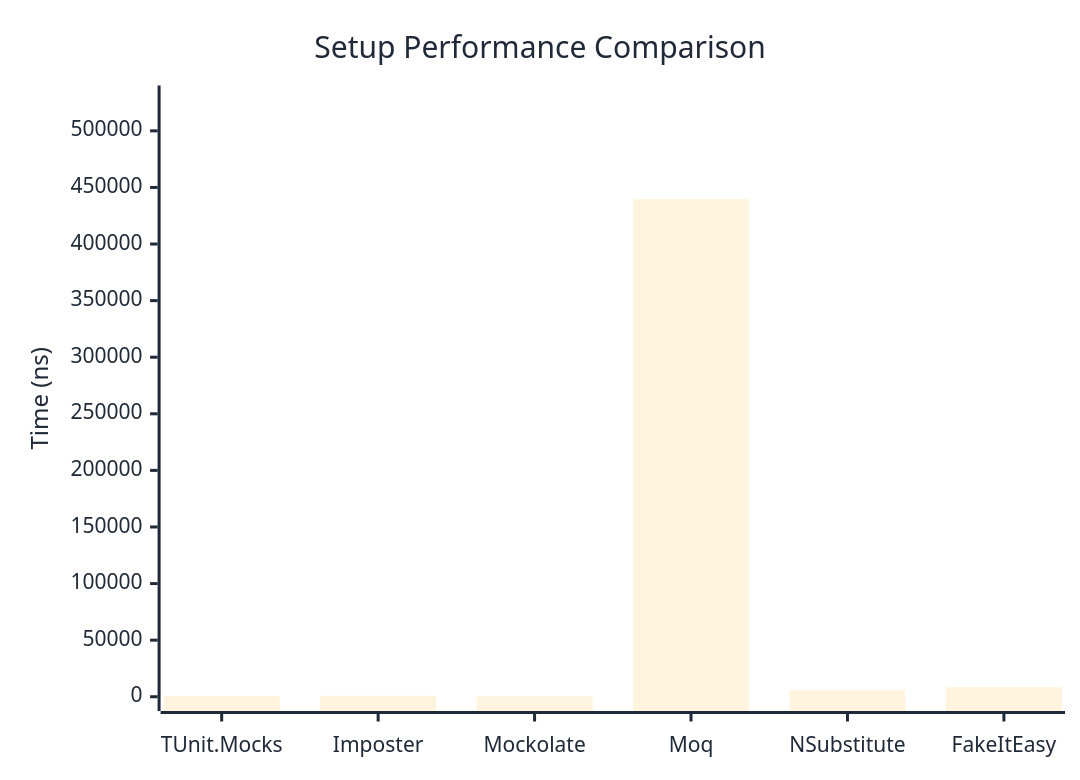
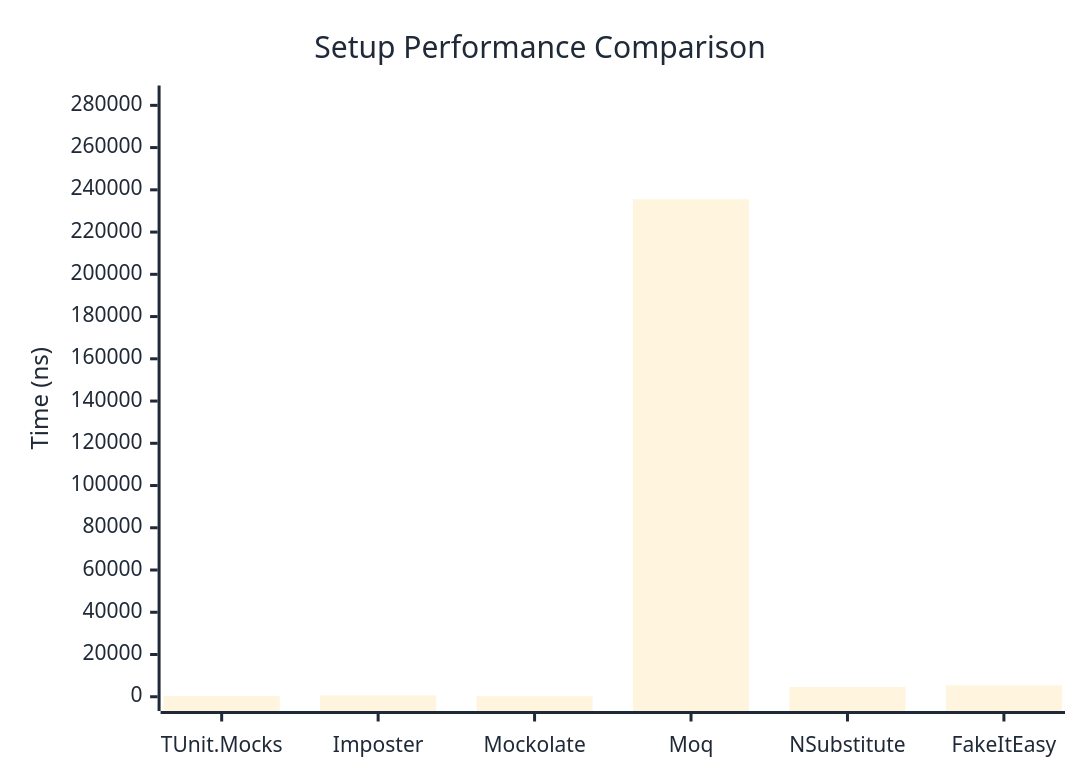
The first of 2 diagrams in docs/docs/benchmarks/mocks/Setup.md (thomhurst/TUnit), drawn with Mermaid before and after one commit. The commit also changed other lines of this file and 14 other files, not shown here.

````diff
--- a/docs/docs/benchmarks/mocks/Setup.md
+++ b/docs/docs/benchmarks/mocks/Setup.md
@@ -30,27 +30,27 @@
 ```mermaid
 %%{init: {
   'theme':'base',
   'themeVariables': {
     'primaryColor': '#2563eb',
     'primaryTextColor': '#1f2937',
     'primaryBorderColor': '#1e40af',
     'lineColor': '#6b7280',
     'secondaryColor': '#7c3aed',
     'tertiaryColor': '#dc2626',
     'background': '#ffffff',
     'pie1': '#2563eb',
     'pie2': '#7c3aed',
     'pie3': '#dc2626',
     'pie4': '#f59e0b',
     'pie5': '#10b981',
     'pie6': '#06b6d4',
     'pie7': '#ec4899',
     'pie8': '#6366f1'
   }
 }}%%
 xychart-beta
   title "Setup Performance Comparison"
   x-axis ["TUnit.Mocks", "Imposter", "Mockolate", "Moq", "NSubstitute", "FakeItEasy"]
-  y-axis "Time (ns)" 0 --> 527480
-  bar [516.1, 806.8, 317, 439566.4, 6233.9, 8406.9]
+  y-axis "Time (ns)" 0 --> 282651
+  bar [423.5, 599.2, 256.9, 235541.7, 4617.9, 5429.5]
 ```
````
